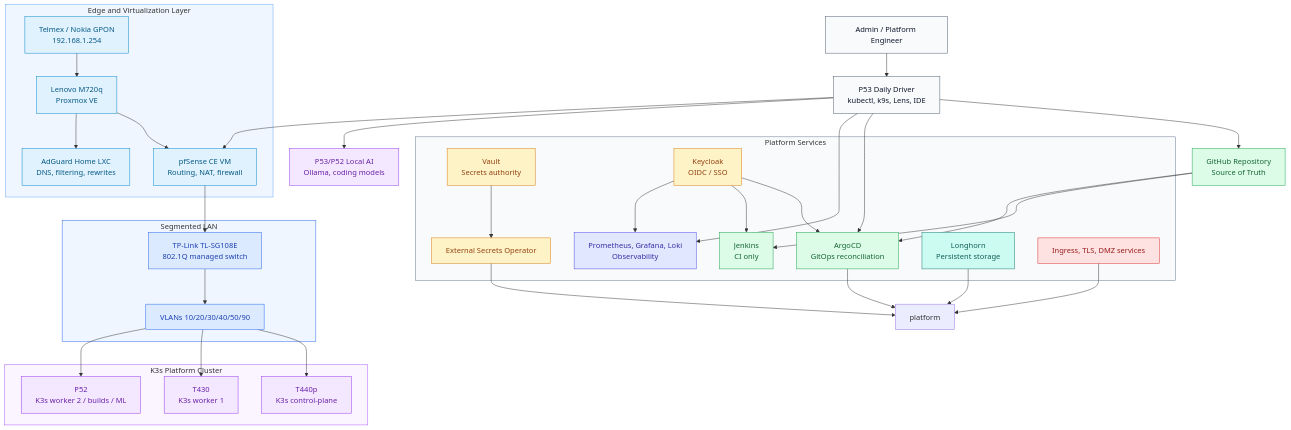
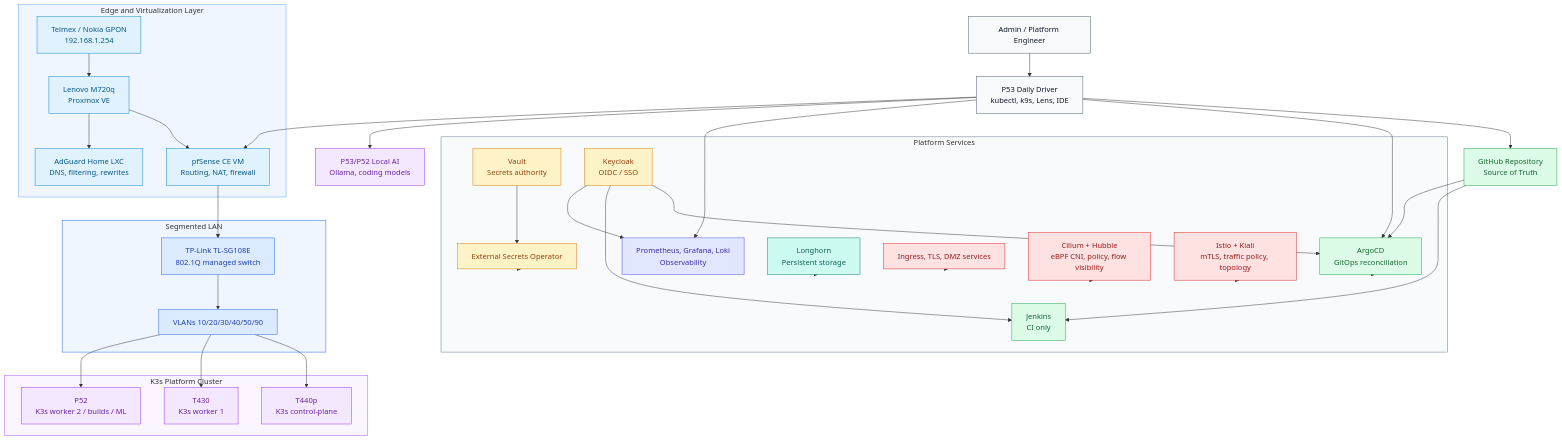
Before and after one commit to Vanguard94-RR/HomeLab: the first of 8 diagrams in docs/HomeLab-Enterprise-Architecture.md, drawn with Mermaid. The commit also changed other lines of this file, not shown here.

Commit message:
docs: add service mesh architecture

```diff
--- a/docs/HomeLab-Enterprise-Architecture.md
+++ b/docs/HomeLab-Enterprise-Architecture.md
@@ -114,6 +117,8 @@
     observability["Prometheus, Grafana, Loki<br/>Observability"]
     longhorn["Longhorn<br/>Persistent storage"]
     ingress["Ingress, TLS, DMZ services"]
+    cilium["Cilium + Hubble<br/>eBPF CNI, policy, flow visibility"]
+    mesh["Istio + Kiali<br/>mTLS, traffic policy, topology"]
   end
 
   admin --> workstation
@@ -134,14 +139,16 @@
 
   github --> jenkins
   github --> argocd
-  argocd --> platform
+  argocd --> platformLayer
   vault --> eso
-  eso --> platform
+  eso --> platformLayer
   keycloak --> argocd
   keycloak --> jenkins
   keycloak --> observability
-  longhorn --> platform
-  ingress --> platform
+  longhorn --> platformLayer
+  ingress --> platformLayer
+  cilium --> platformLayer
+  mesh --> platformLayer
 
   classDef person fill:#f8fafc,stroke:#475569,color:#0f172a
   classDef edge fill:#e0f2fe,stroke:#0284c7,color:#075985
@@ -161,7 +168,7 @@
   class vault,eso,keycloak iam
   class longhorn storage
   class observability obs
-  class ingress security
+  class ingress,cilium,mesh security
   class ai k8s
 
   style edgeLayer fill:#eff6ff,stroke:#60a5fa
```
